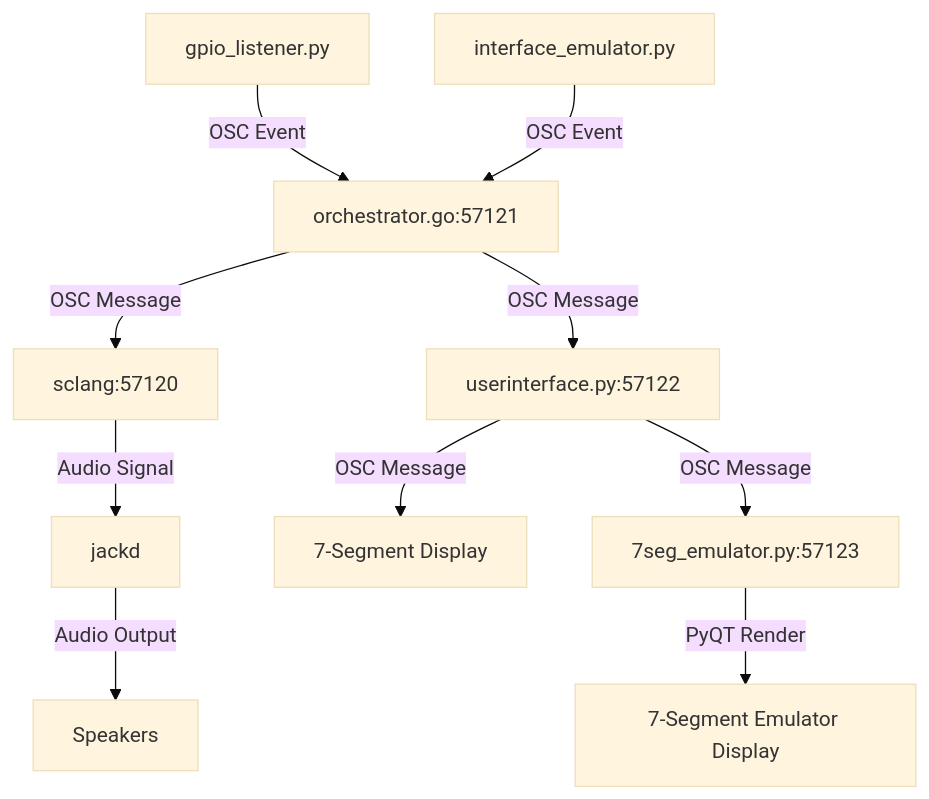
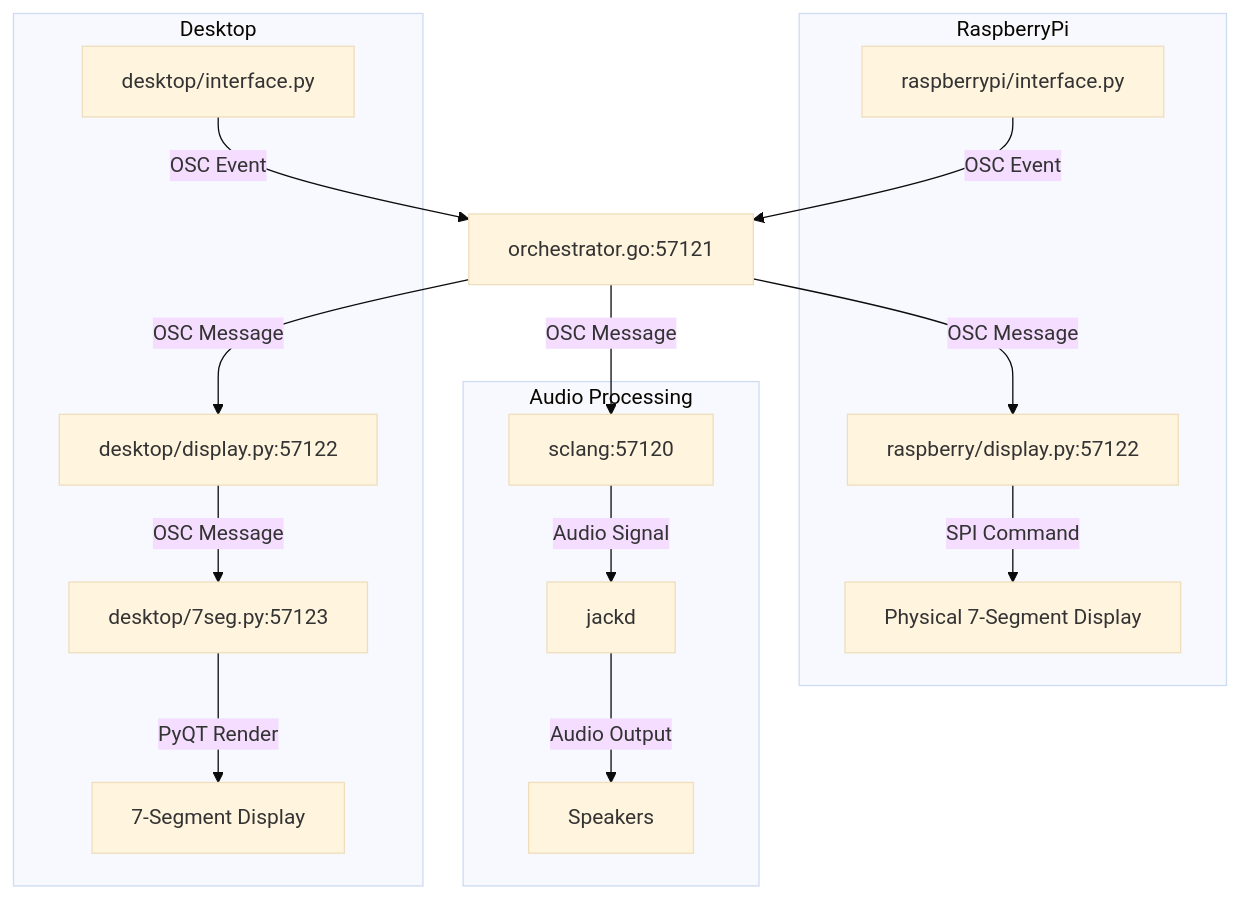
The diagram in README.md (schollz/dronecore), drawn with Mermaid (base theme) before and after one commit. The commit also changed other lines of this file and 1 other file, not shown here.

````diff
--- a/README.md
+++ b/README.md
@@ -45,13 +48,36 @@
 ```mermaid
 graph TD;
-    A[gpio_listener.py] -->|OSC Event| C[orchestrator.go:57121]
-    B[interface_emulator.py] -->|OSC Event| C
+    A[raspberrypi/interface.py] -->|OSC Event| C[orchestrator.go:57121]
+    B[desktop/interface.py] -->|OSC Event| C
     C -->|OSC Message| D[sclang:57120]
-    C -->|OSC Message| E[userinterface.py:57122]
+    C -->|OSC Message| H[desktop/display.py:57122]
+    C -->|OSC Message| K[raspberry/display.py:57122]
+    
     D -->|Audio Signal| F[jackd]
     F -->|Audio Output| G[Speakers]
-    E -->|OSC Message| H[7-Segment Display]
-    E -->|OSC Message| I[7seg_emulator.py:57123]
-    I -->|PyQT Render| J[7-Segment Emulator Display]
+    
+    H -->|OSC Message| I[desktop/7seg.py:57123]
+    I -->|PyQT Render| J[7-Segment Display]
+    
+    K -->|SPI Command| L[Physical 7-Segment Display]
+    
+    subgraph Desktop
+        B
+        H
+        I
+        J
+    end
+    
+    subgraph RaspberryPi
+        A
+        K
+        L
+    end
+    
+    subgraph Audio Processing
+        D
+        F
+        G
+    end
 
 ```
````
